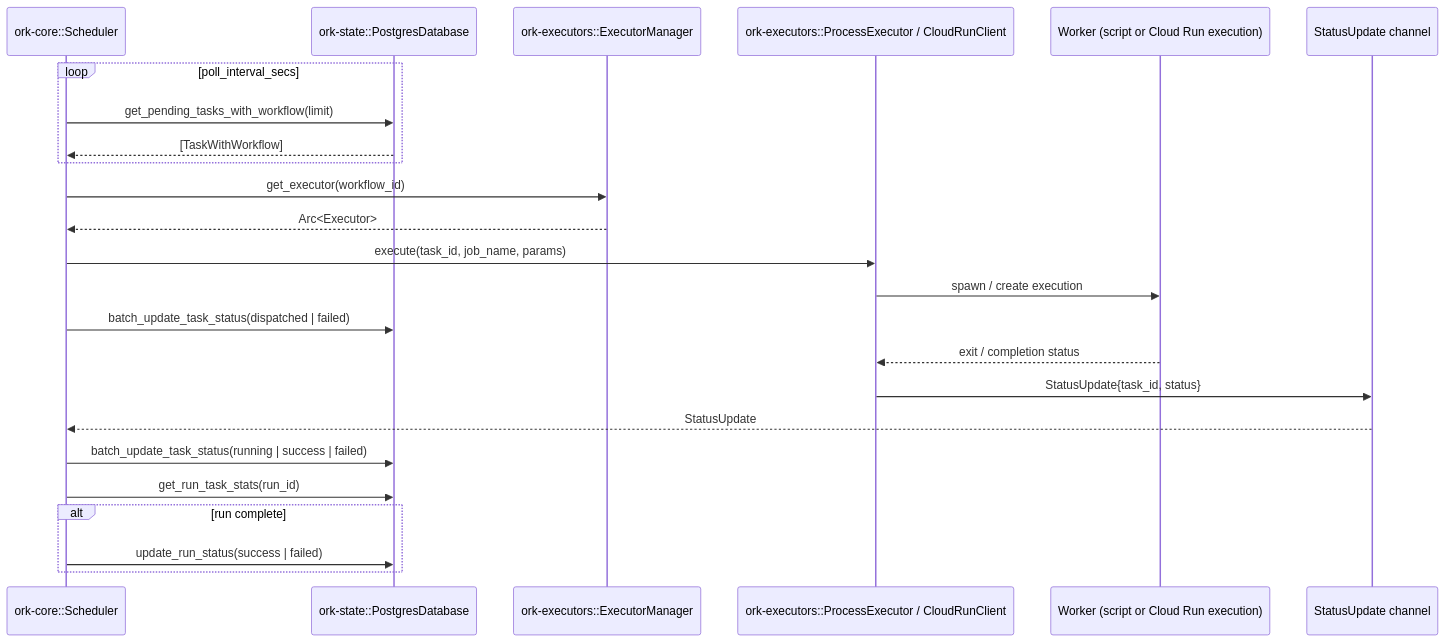
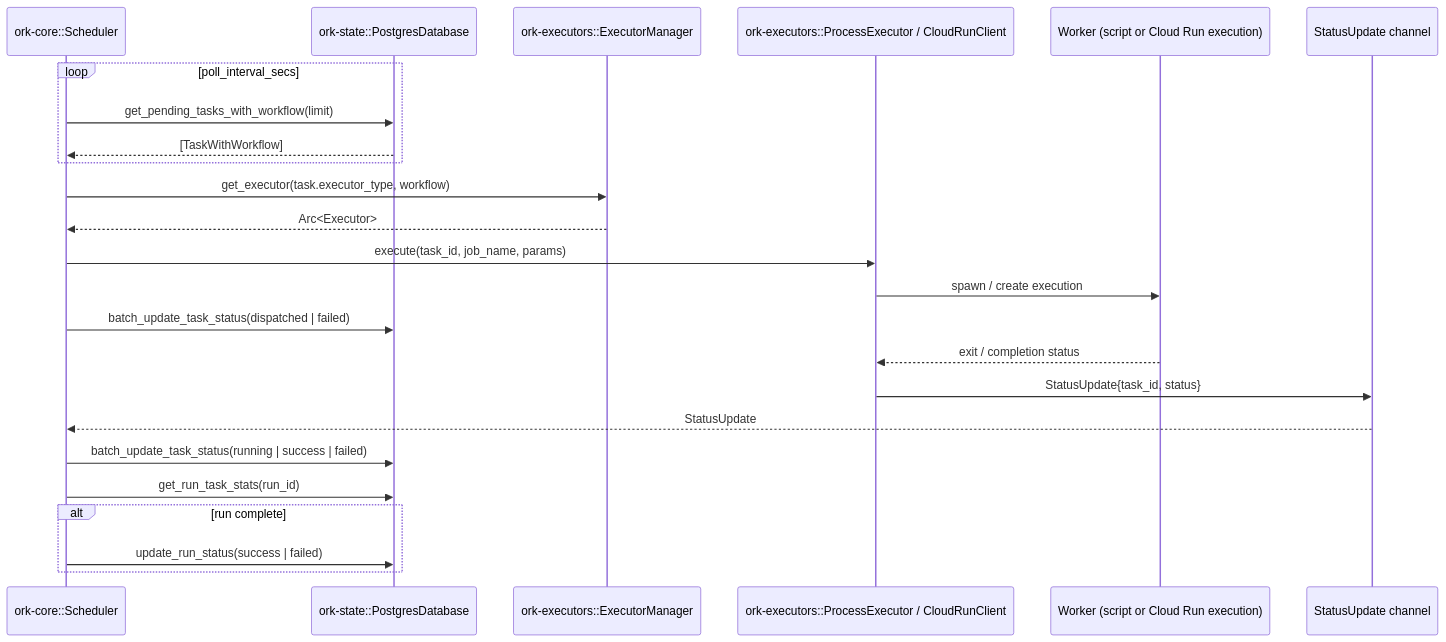
Before and after one commit to gajop/ork: the fourth of 4 diagrams in docs/dev/architecture.md, drawn with Mermaid. The commit also changed other lines of this file and 30 other files, not shown here.

````diff
--- a/docs/dev/architecture.md
+++ b/docs/dev/architecture.md
@@ -84,30 +108,30 @@
 ```mermaid
 sequenceDiagram
     participant Scheduler as ork-core::Scheduler
     participant DB as ork-state::PostgresDatabase
     participant ExecMgr as ork-executors::ExecutorManager
     participant Exec as ork-executors::ProcessExecutor / CloudRunClient
     participant Worker as Worker (script or Cloud Run execution)
     participant Channel as StatusUpdate channel
 
     loop poll_interval_secs
         Scheduler->>DB: get_pending_tasks_with_workflow(limit)
         DB-->>Scheduler: [TaskWithWorkflow]
     end
 
-    Scheduler->>ExecMgr: get_executor(workflow_id)
+    Scheduler->>ExecMgr: get_executor(task.executor_type, workflow)
     ExecMgr-->>Scheduler: Arc<Executor>
     Scheduler->>Exec: execute(task_id, job_name, params)
     Exec->>Worker: spawn / create execution
     Scheduler->>DB: batch_update_task_status(dispatched | failed)
 
     Worker-->>Exec: exit / completion status
     Exec->>Channel: StatusUpdate{task_id, status}
     Channel-->>Scheduler: StatusUpdate
 
     Scheduler->>DB: batch_update_task_status(running | success | failed)
     Scheduler->>DB: get_run_task_stats(run_id)
     alt run complete
         Scheduler->>DB: update_run_status(success | failed)
     end
 ```
````
